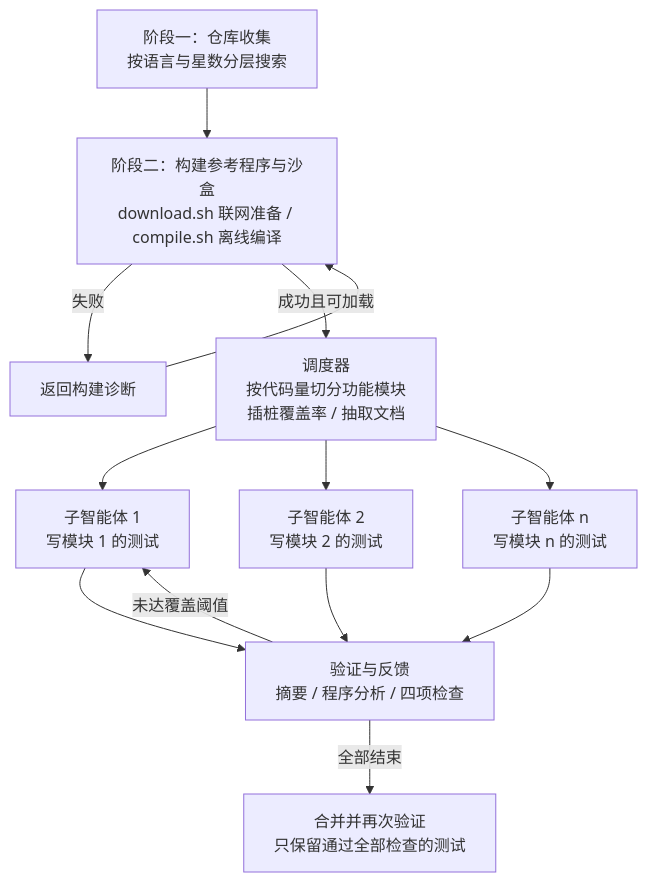
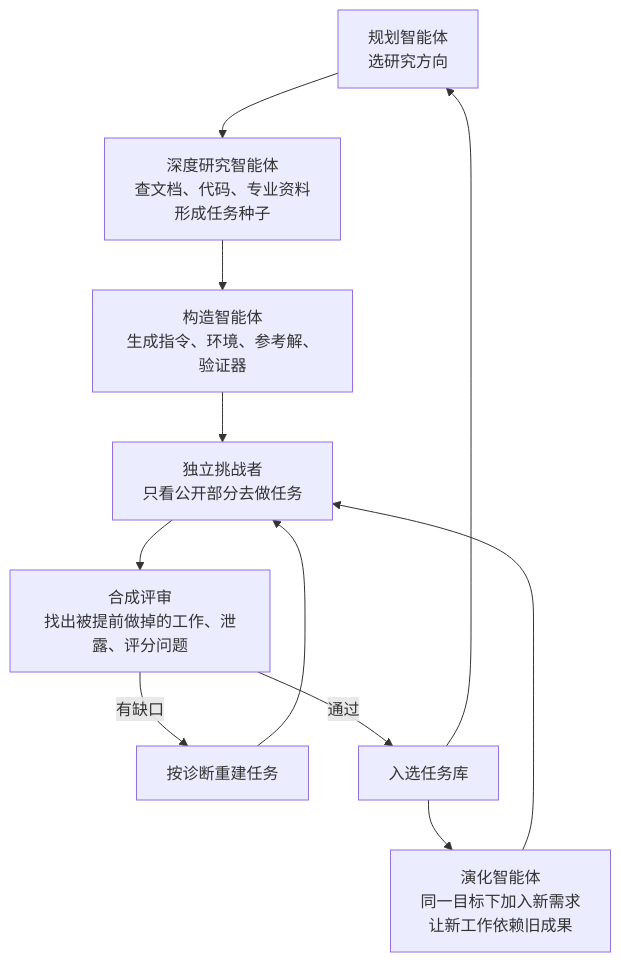
One commit to yingwang/paper-reads changed the second of 3 diagrams in docs/index.md. Above: the diagram before and after it, drawn with Mermaid. The commit also changed other lines of this file and 2 other files, not shown here.

````diff
--- a/docs/index.md
+++ b/docs/index.md
@@ -120,14 +96,12 @@
 ```mermaid
 graph TD
-    S1[阶段一：仓库收集<br/>按语言与星数分层搜索] --> S2[阶段二：构建参考程序与沙盒<br/>download.sh 联网准备 / compile.sh 离线编译]
-    S2 -->|失败| FB2[返回构建诊断] --> S2
-    S2 -->|成功且可加载| DP[调度器<br/>按代码量切分功能模块<br/>插桩覆盖率 / 抽取文档]
-    DP --> S3a[子智能体 1<br/>写模块 1 的测试]
-    DP --> S3b[子智能体 2<br/>写模块 2 的测试]
-    DP --> S3c[子智能体 n<br/>写模块 n 的测试]
-    S3a --> V[验证与反馈<br/>摘要 / 程序分析 / 四项检查]
-    S3b --> V
-    S3c --> V
-    V -->|未达覆盖阈值| S3a
-    V -->|全部结束| M[合并并再次验证<br/>只保留通过全部检查的测试]
+    P[规划智能体<br/>选研究方向] --> R[深度研究智能体<br/>查文档、代码、专业资料<br/>形成任务种子]
+    R --> C[构造智能体<br/>生成指令、环境、参考解、验证器]
+    C --> X[独立挑战者<br/>只看公开部分去做任务]
+    X --> D[合成评审<br/>找出被提前做掉的工作、泄露、评分问题]
+    D -->|有缺口| F[按诊断重建任务] --> X
+    D -->|通过| A[入选任务库]
+    A --> E[演化智能体<br/>同一目标下加入新需求<br/>让新工作依赖旧成果]
+    E --> X
+    A --> P
 ```
````
